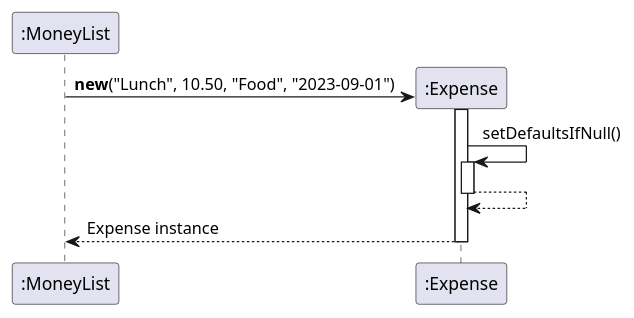
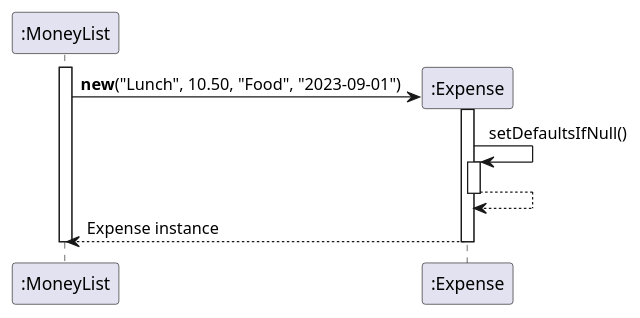
One commit to EdwinTun98/tp changed the diagram in docs/diagrams/Expense_Seq.puml. Above: the diagram before and after it, drawn with PlantUML. The commit also changed 41 other files, not shown here.

```diff
--- a/docs/diagrams/Expense_Seq.puml
+++ b/docs/diagrams/Expense_Seq.puml
@@ -1,15 +1,17 @@
 @startuml Expense_Creation
 participant MoneyList as ":MoneyList"
 create Expense as ":Expense"
 
+activate MoneyList
 MoneyList -> Expense : **new**("Lunch", 10.50, "Food", "2023-09-01")
 activate Expense
 
 Expense -> Expense : setDefaultsIfNull()
 activate Expense
 Expense --> Expense:
 deactivate Expense
 
 Expense --> MoneyList : Expense instance
 deactivate Expense
+deactivate MoneyList
 @enduml
```
